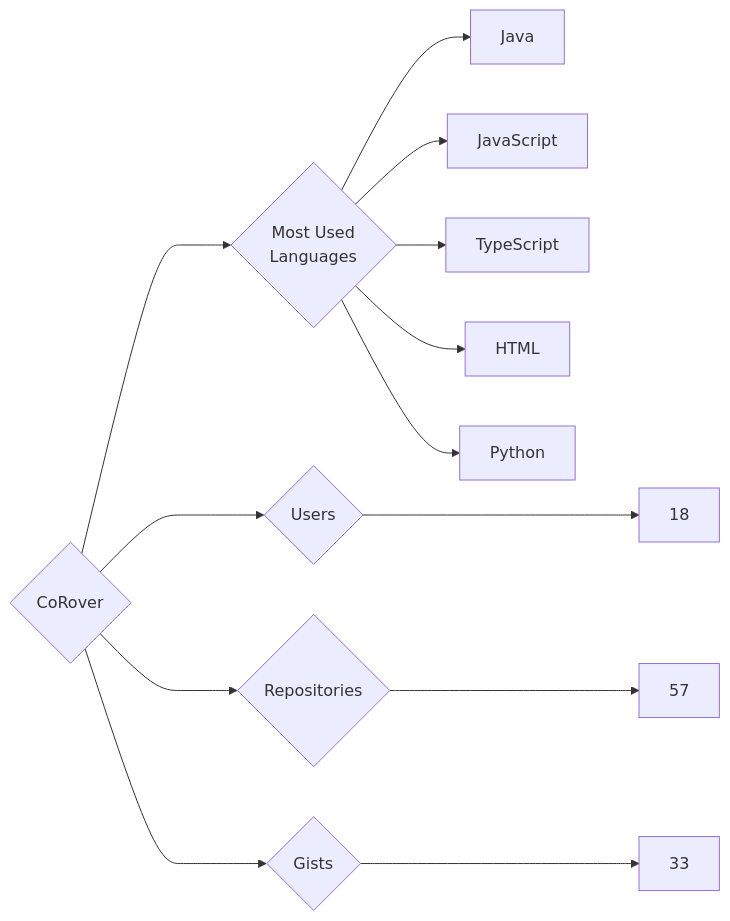
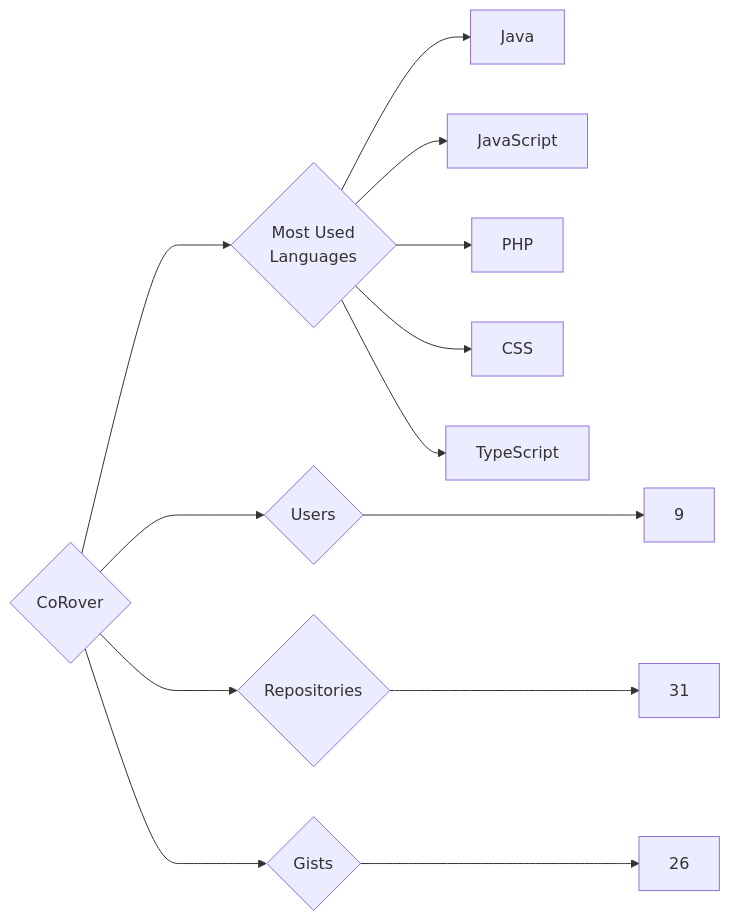
One commit to trickest/insiders changed the diagram in targets/CoRover/README.md. Above: the diagram before and after it, drawn with Mermaid. The commit also changed 1195 other files, not shown here.

````diff
--- a/targets/CoRover/README.md
+++ b/targets/CoRover/README.md
@@ -3,13 +3,13 @@
 ```mermaid
 graph LR
 COMPANY_NAME{CoRover}
-COMPANY_NAME ---> U{Users} ---> UN[18]
-COMPANY_NAME ---> R{Repositories} ---> RN[57]
-COMPANY_NAME ---> G{Gists} ---> GN[33]
+COMPANY_NAME ---> U{Users} ---> UN[9]
+COMPANY_NAME ---> R{Repositories} ---> RN[31]
+COMPANY_NAME ---> G{Gists} ---> GN[26]
 COMPANY_NAME ---> ML{Most Used<br>Languages}
 ML --> Java[Java]
 ML --> JavaScript[JavaScript]
+ML --> PHP[PHP]
+ML --> CSS[CSS]
 ML --> TypeScript[TypeScript]
-ML --> HTML[HTML]
-ML --> Python[Python]
 ```
````
